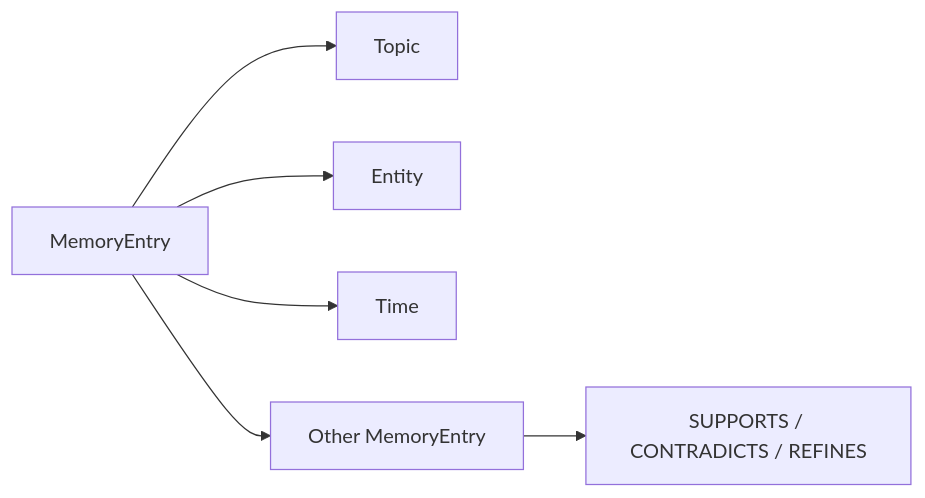
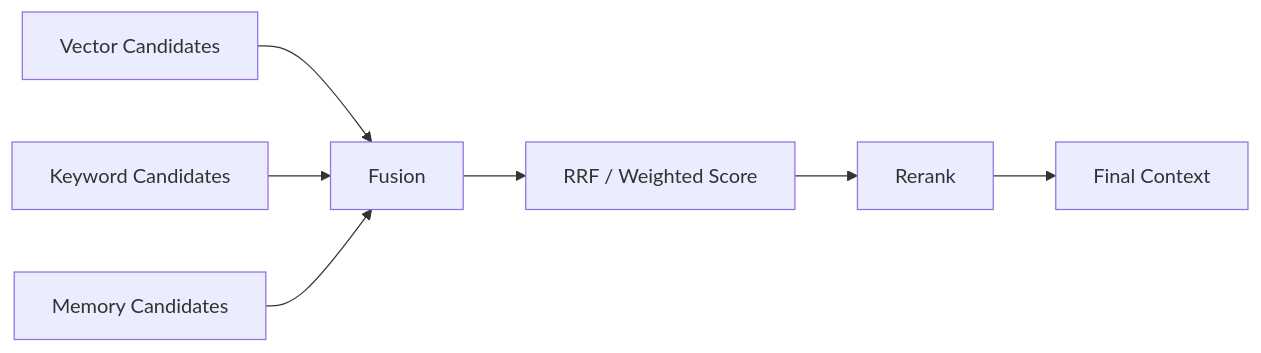
The ninth of 23 diagrams in company_target/day1-day20-summary.md (pretextQ/Reminder), drawn with Mermaid before and after one commit. The commit also changed other lines of this file and 4 other files, not shown here.

````diff
--- a/company_target/day1-day20-summary.md
+++ b/company_target/day1-day20-summary.md
@@ -278,8 +292,9 @@
 ```mermaid
 flowchart LR
-    A[MemoryEntry] --> B[Topic]
-    A --> C[Entity]
-    A --> D[Time]
-    A --> E[Other MemoryEntry]
-    E --> F[SUPPORTS / CONTRADICTS / REFINES]
+    A[Vector Candidates] --> D[Fusion]
+    B[Keyword Candidates] --> D
+    C[Memory Candidates] --> D
+    D --> E[RRF / Weighted Score]
+    E --> F[Rerank]
+    F --> G[Final Context]
 ```
````
